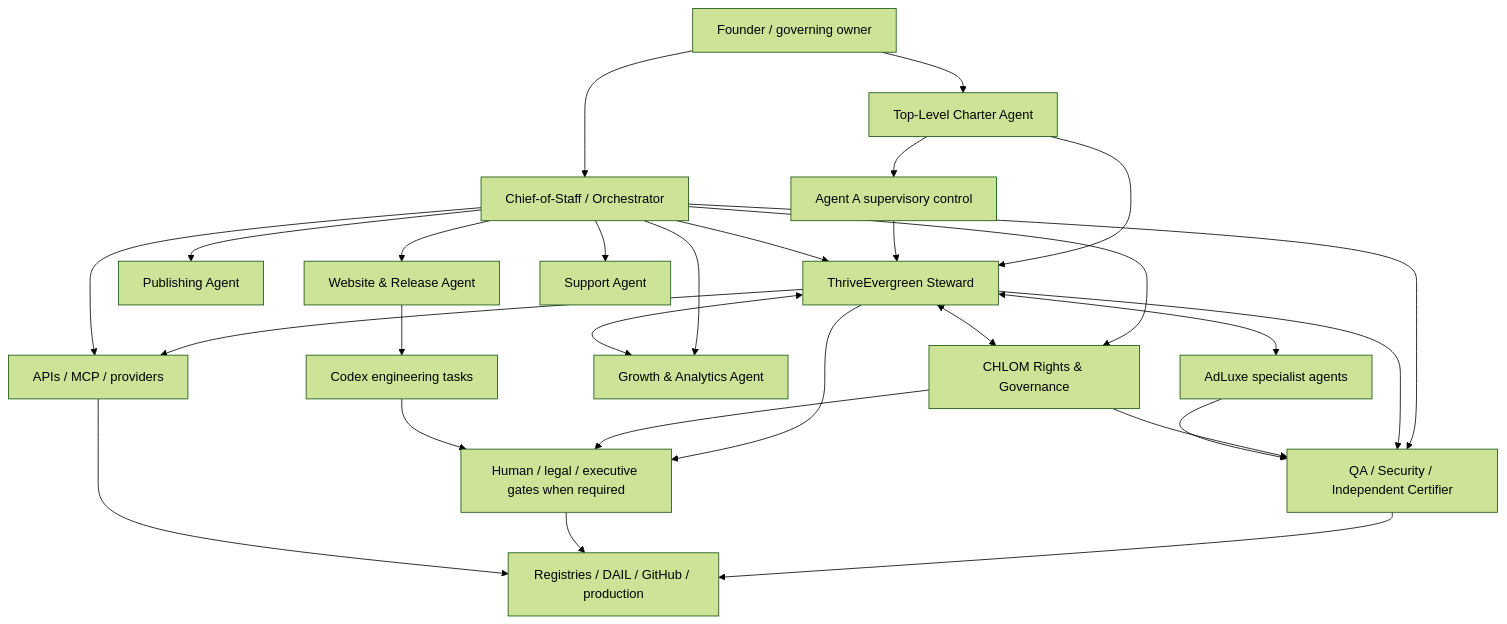
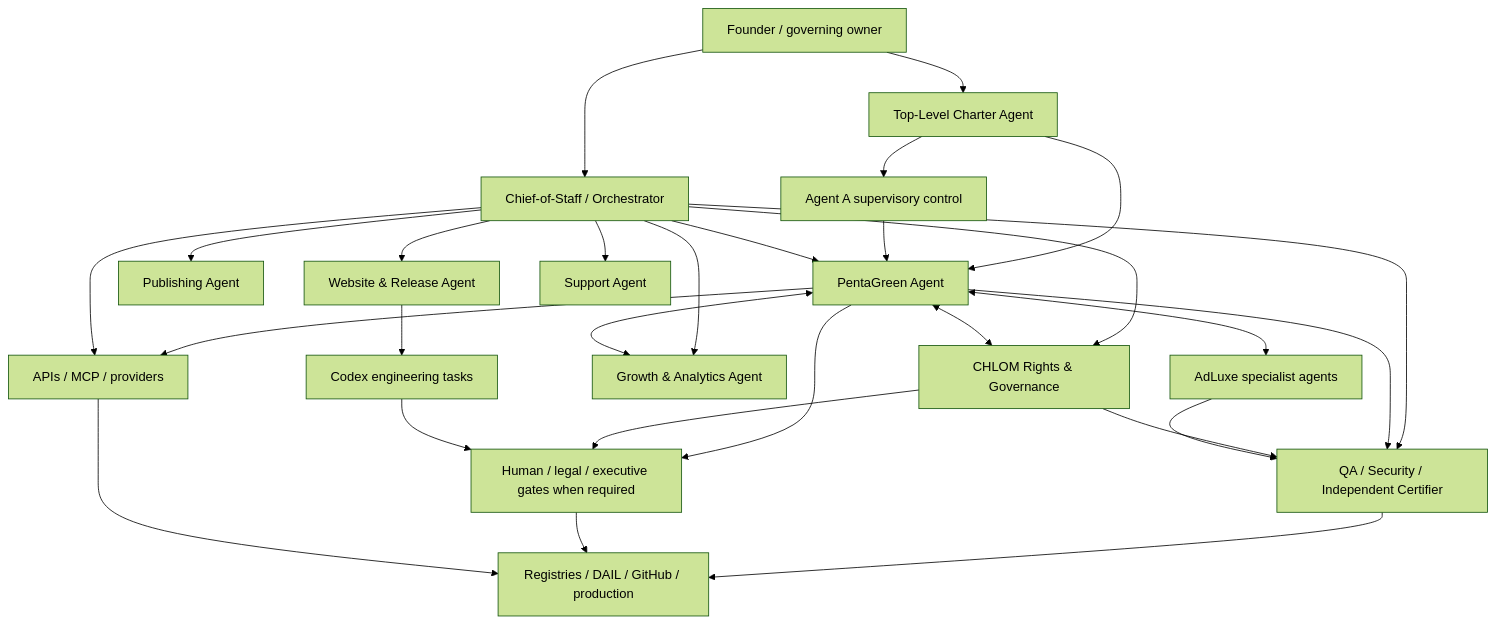
Before and after one commit to crownthrive1/CrownThrive-OS: the diagram in automation/command-structure.mdx, drawn with Mermaid (forest theme). The commit also changed 27 other files, not shown here.

````diff
--- a/automation/command-structure.mdx
+++ b/automation/command-structure.mdx
@@ -13,49 +13,49 @@
 ```mermaid
 flowchart TB
     F[Founder / governing owner]
     T[Top-Level Charter Agent]
     AA[Agent A supervisory control]
     O[Chief-of-Staff / Orchestrator]
-    E[ThriveEvergreen Steward]
+    E[PentaGreen Agent]
     G[CHLOM Rights & Governance]
     P[Publishing Agent]
     AD[AdLuxe specialist agents]
     W[Website & Release Agent]
     A[Growth & Analytics Agent]
     S[Support Agent]
     Q[QA / Security / Independent Certifier]
     X[Codex engineering tasks]
     M[APIs / MCP / providers]
     H[Human / legal / executive gates when required]
     R[Registries / DAIL / GitHub / production]
 
     F --> T
     F --> O
     T --> AA
     T --> E
     AA --> E
     O --> E
     O --> G
     O --> P
     O --> W
     O --> A
     O --> S
     O --> Q
 
     E <--> G
     E <--> AD
     E <--> A
     E --> M
     E --> Q
     G --> Q
     AD --> Q
     Q --> R
 
     E --> H
     G --> H
     W --> X
     X --> H
     H --> R
     O --> M
     M --> R
 ```
````
